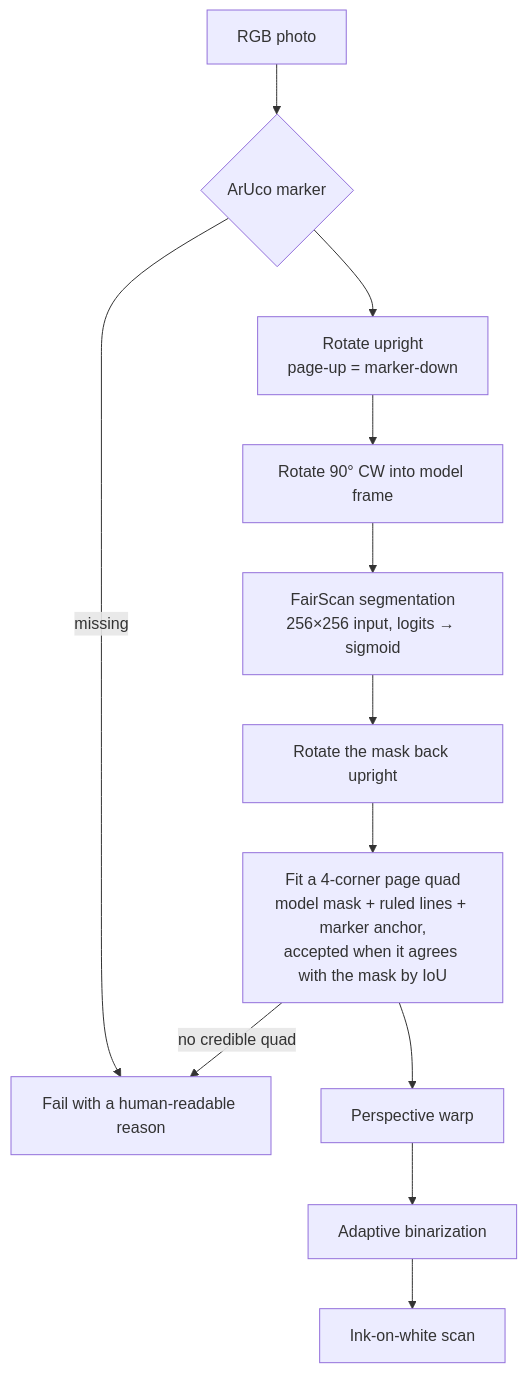
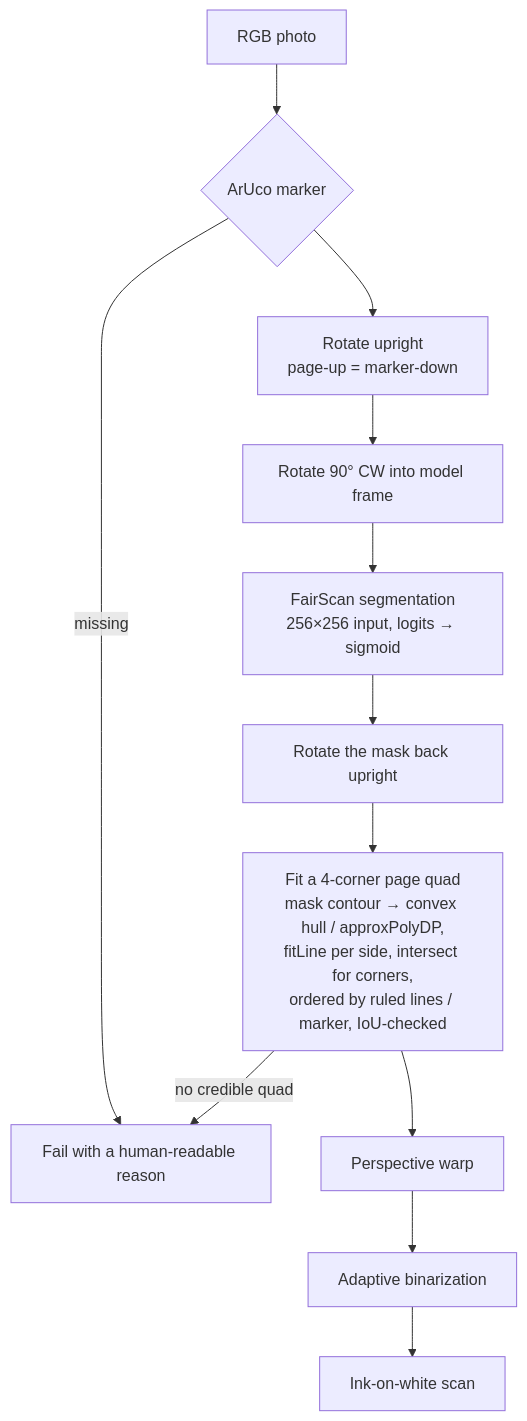
The diagram in README.md (amoghmpanhale/MissileNotes), drawn with Mermaid before and after one commit. The commit also changed other lines of this file, not shown here.

Commit message:
docs: describe perspective quad fitting in README

````diff
--- a/README.md
+++ b/README.md
@@ -22,14 +20,14 @@
 ```mermaid
 flowchart TD
     A[RGB photo] --> B{ArUco marker}
     B -->|missing| X[Fail with a human-readable reason]
     B --> C[Rotate upright<br/>page-up = marker-down]
     C --> D[Rotate 90° CW into model frame]
     D --> E[FairScan segmentation<br/>256×256 input, logits → sigmoid]
     E --> F[Rotate the mask back upright]
-    F --> G[Fit a 4-corner page quad<br/>model mask + ruled lines + marker anchor,<br/>accepted when it agrees with the mask by IoU]
+    F --> G[Fit a 4-corner page quad<br/>mask contour → convex hull / approxPolyDP,<br/>fitLine per side, intersect for corners,<br/>ordered by ruled lines / marker, IoU-checked]
     G -->|no credible quad| X
     G --> H[Perspective warp]
     H --> I[Adaptive binarization]
     I --> J[Ink-on-white scan]
 ```
````
